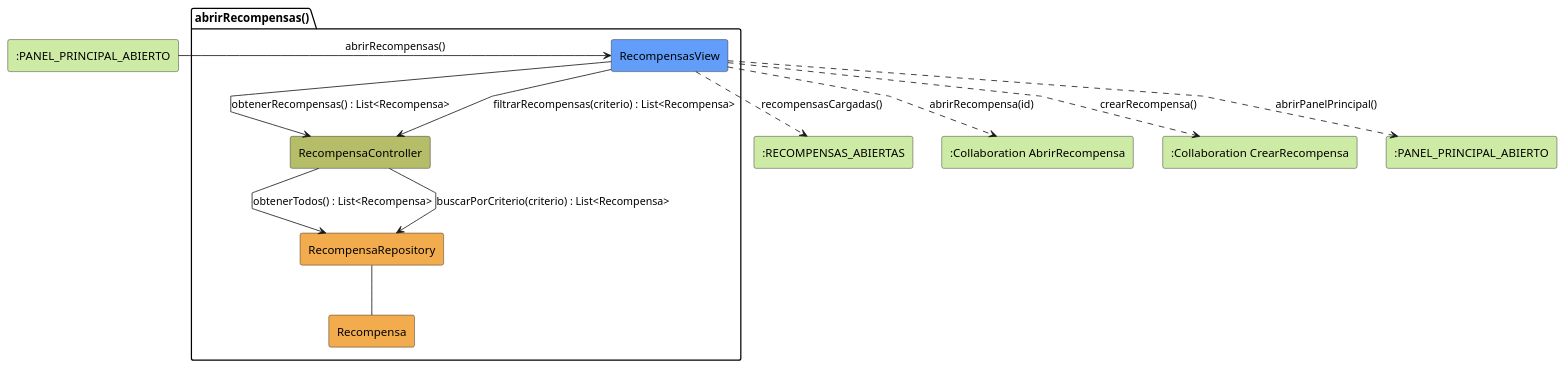
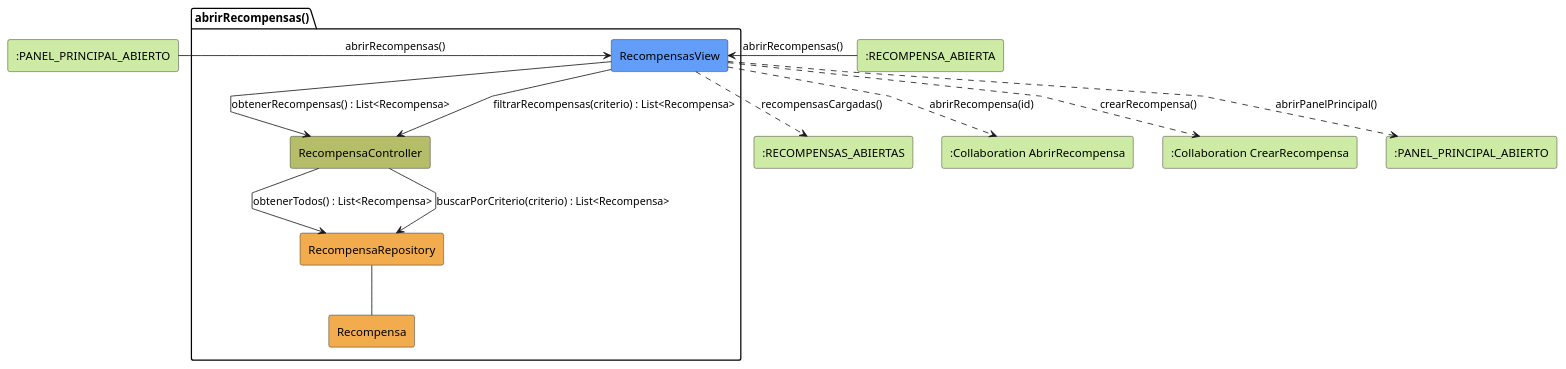
One commit to 31Diego/25-26-idsw2-sdVC changed the diagram in modelosUML/analisis/coordinador/abrirRecompensas.puml. Above: the diagram before and after it, drawn with PlantUML. The commit also changed 12 other files, not shown here.

Commit message:
fix: entradas secundarias faltantes en diagramas de coordinador

```diff
--- a/modelosUML/analisis/coordinador/abrirRecompensas.puml
+++ b/modelosUML/analisis/coordinador/abrirRecompensas.puml
@@ -1,35 +1,37 @@
 @startuml abrirRecompensas-analisis
 skinparam linetype polyline
 
 rectangle #CDEBA5 ":PANEL_PRINCIPAL_ABIERTO" as PanelPrincipal
+rectangle #CDEBA5 ":RECOMPENSA_ABIERTA" as RecompensaAbiertoEntrada
 
 package abrirRecompensas as "abrirRecompensas()" {
     rectangle #629EF9 RecompensasView
     rectangle #b5bd68 RecompensaController
     rectangle #F2AC4E RecompensaRepository
     rectangle #F2AC4E Recompensa
 }
 
 rectangle #CDEBA5 ":RECOMPENSAS_ABIERTAS" as RecompensasAbiertas
 rectangle #CDEBA5 ":Collaboration AbrirRecompensa" as ColRecompensa
 rectangle #CDEBA5 ":Collaboration CrearRecompensa" as ColCrear
 rectangle #CDEBA5 ":PANEL_PRINCIPAL_ABIERTO" as PanelSalida
 
 PanelPrincipal -r-> RecompensasView: abrirRecompensas()
+RecompensaAbiertoEntrada -r-> RecompensasView: abrirRecompensas()
 
 RecompensasView -d-> RecompensaController: obtenerRecompensas() : List<Recompensa>
 
 RecompensaController --> RecompensaRepository: obtenerTodos() : List<Recompensa>
 
 RecompensaRepository -- Recompensa
 
 RecompensasView --> RecompensaController: filtrarRecompensas(criterio) : List<Recompensa>
 
 RecompensaController --> RecompensaRepository: buscarPorCriterio(criterio) : List<Recompensa>
 
 RecompensasView ..> RecompensasAbiertas: recompensasCargadas()
 RecompensasView ..> ColRecompensa: abrirRecompensa(id)
 RecompensasView ..> ColCrear: crearRecompensa()
 RecompensasView ..> PanelSalida: abrirPanelPrincipal()
 
 @enduml
```
